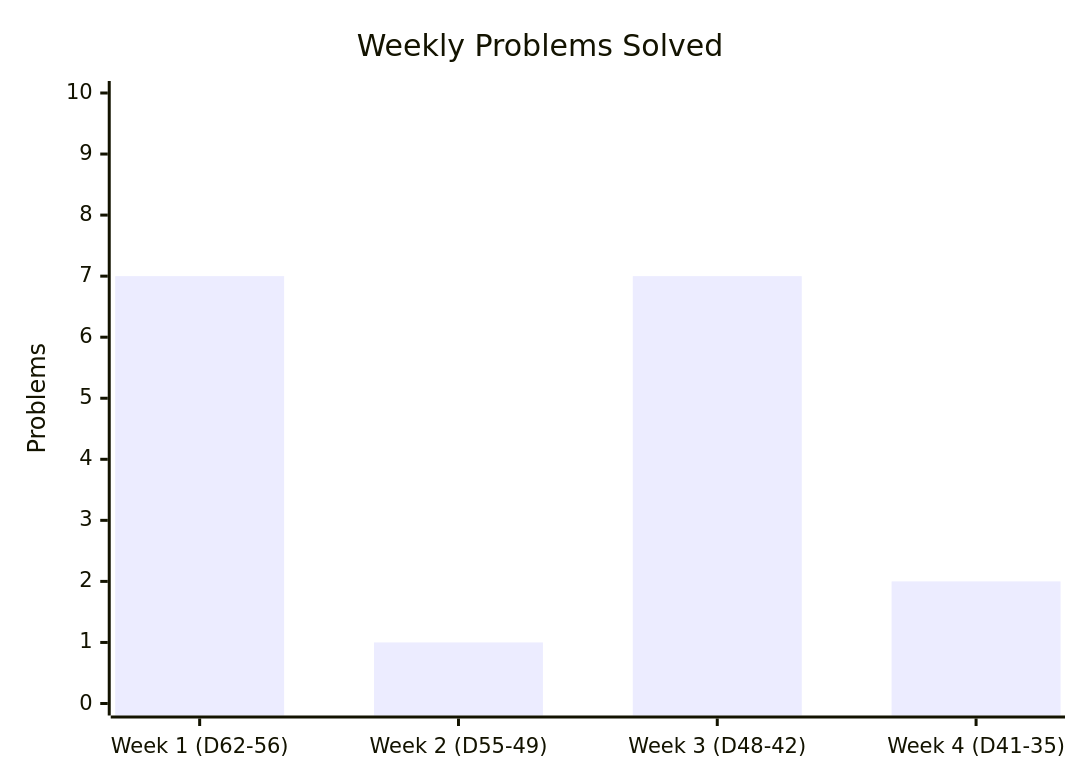
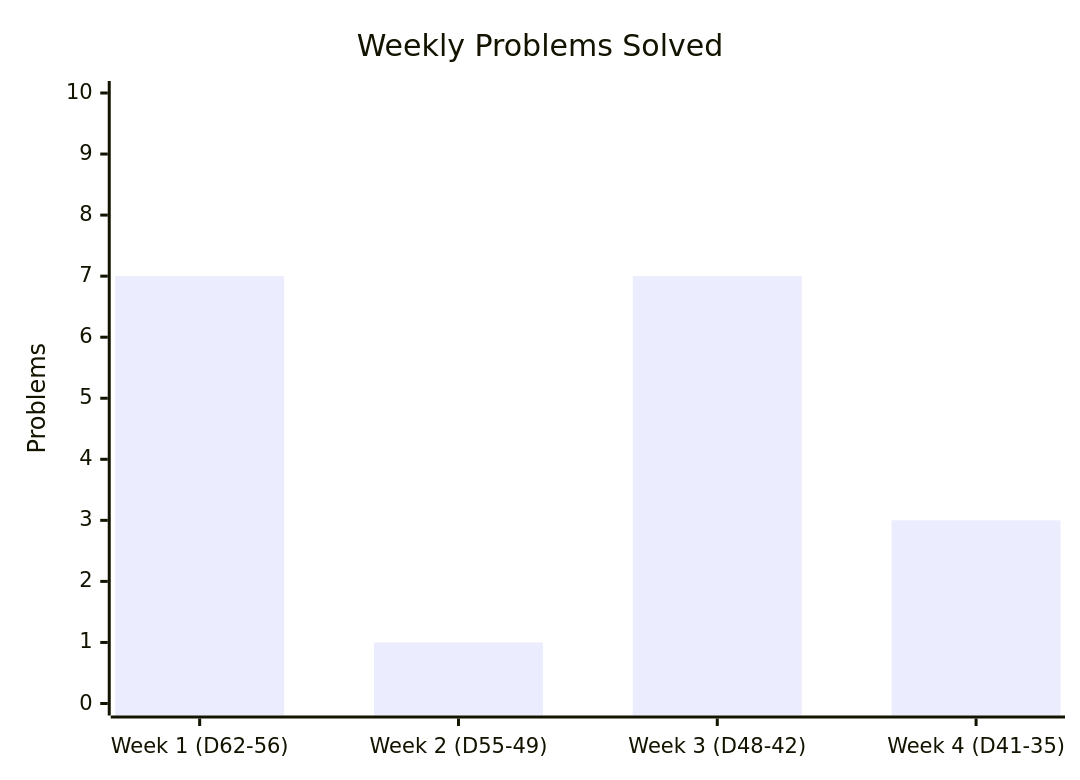
The first of 2 diagrams in README.md (PrasannaTheBest/60-Days-Hell-Period), drawn with Mermaid before and after one commit. The commit also changed other lines of this file and 2 other files, not shown here.

````diff
--- a/README.md
+++ b/README.md
@@ -64,7 +64,7 @@
 ```mermaid
 xychart-beta
     title "Weekly Problems Solved"
     x-axis ["Week 1 (D62-56)", "Week 2 (D55-49)", "Week 3 (D48-42)", "Week 4 (D41-35)"]
     y-axis "Problems" 0 --> 10
-    bar [7, 1, 7, 2]
+    bar [7, 1, 7, 3]
 ```
````
